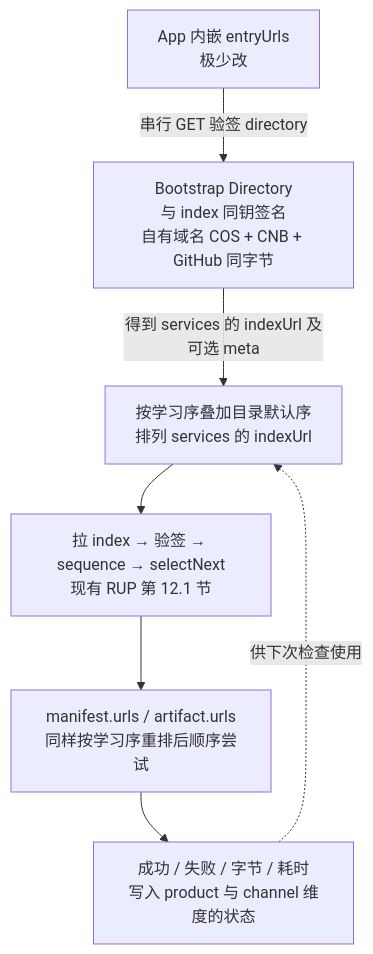
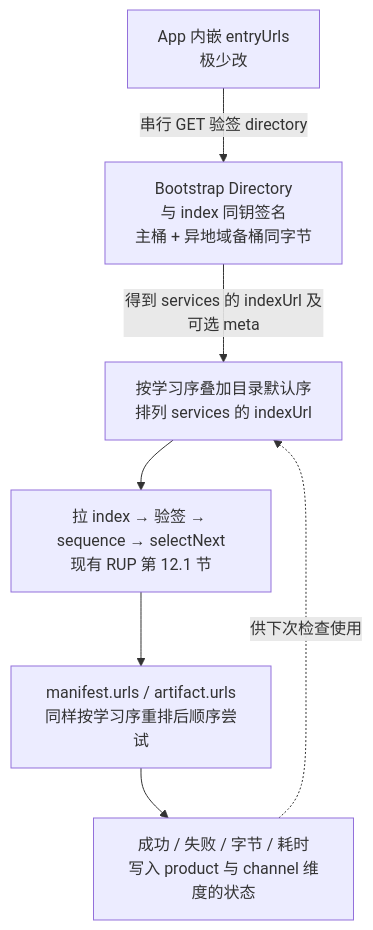
One commit to shichao402/relkit changed the diagram in docs/design/bootstrap-directory.md. Above: the diagram before and after it, drawn with Mermaid. The commit also changed other lines of this file and 16 other files, not shown here.

````diff
--- a/docs/design/bootstrap-directory.md
+++ b/docs/design/bootstrap-directory.md
@@ -50,14 +50,14 @@
 ```mermaid
 flowchart TB
   app["App 内嵌 entryUrls<br/>极少改"]
-  bootstrap["Bootstrap Directory<br/>与 index 同钥签名<br/>自有域名 COS + CNB + GitHub 同字节"]
+  bootstrap["Bootstrap Directory<br/>与 index 同钥签名<br/>主桶 + 异地域备桶同字节"]
   rank["按学习序叠加目录默认序<br/>排列 services 的 indexUrl"]
   indexStep["拉 index → 验签 → sequence → selectNext<br/>现有 RUP 第 12.1 节"]
   payloadStep["manifest.urls / artifact.urls<br/>同样按学习序重排后顺序尝试"]
   learn["成功 / 失败 / 字节 / 耗时<br/>写入 product 与 channel 维度的状态"]
 
   app -->|"串行 GET 验签 directory"| bootstrap
   bootstrap -->|"得到 services 的 indexUrl 及可选 meta"| rank
   rank --> indexStep --> payloadStep --> learn
   learn -.->|"供下次检查使用"| rank
 ```
````
